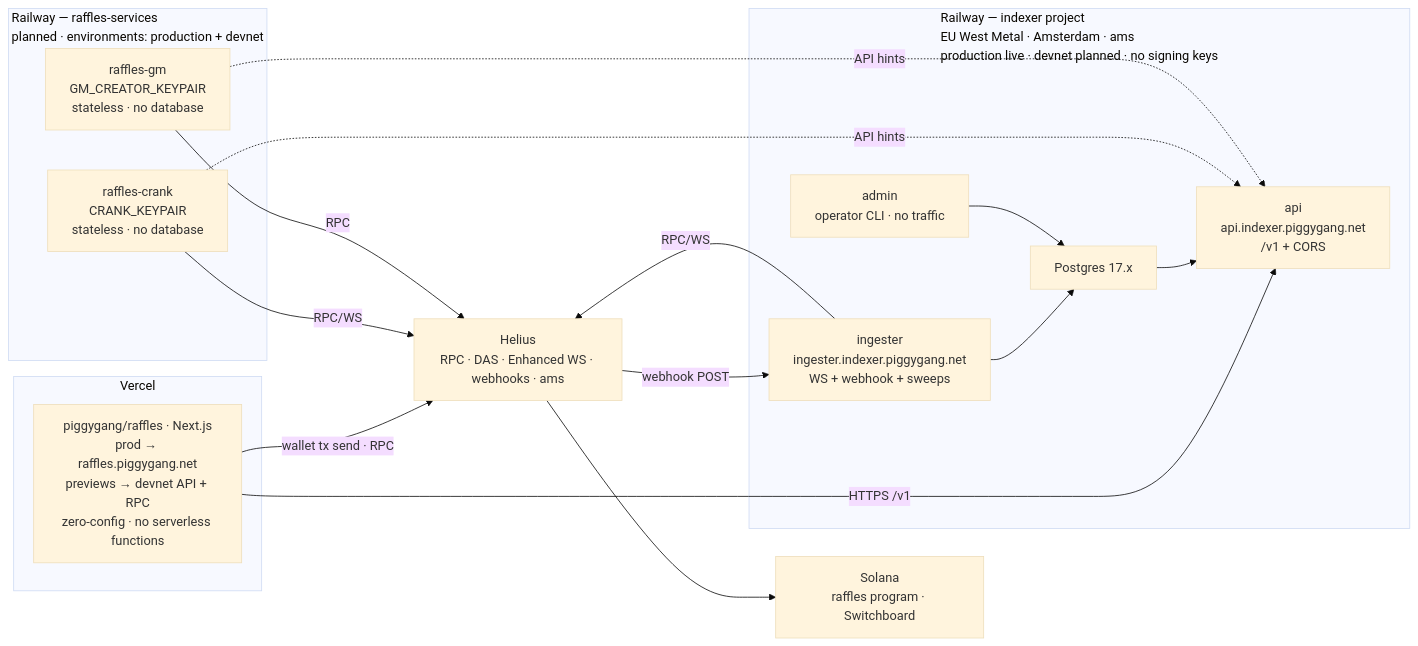
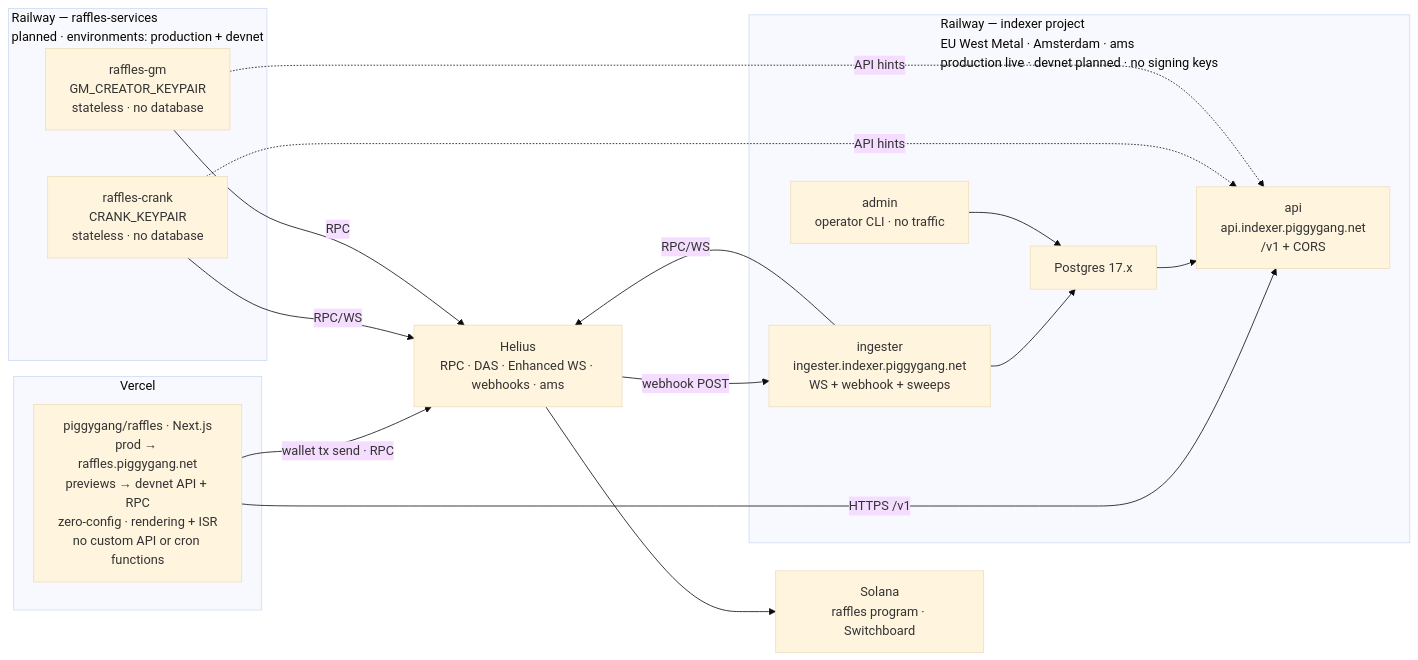
The second of 2 diagrams in docs/piggygang-raffles-architecture.md (piggygang/raffles), drawn with Mermaid (base theme) before and after one commit. The commit also changed other lines of this file and 1 other file, not shown here.

Commit message:
docs(architecture): correct restart recovery and tighten cluster and sweep rules

````diff
--- a/docs/piggygang-raffles-architecture.md
+++ b/docs/piggygang-raffles-architecture.md
@@ -164,31 +164,31 @@
 ```mermaid
 flowchart LR
     subgraph VercelBox["Vercel"]
-        FE["piggygang/raffles · Next.js<br>prod → raffles.piggygang.net<br>previews → devnet API + RPC<br>zero-config · no serverless functions"]
+        FE["piggygang/raffles · Next.js<br>prod → raffles.piggygang.net<br>previews → devnet API + RPC<br>zero-config · rendering + ISR<br>no custom API or cron functions"]
     end
     subgraph IndexerBox["Railway — indexer project<br>EU West Metal · Amsterdam · ams<br>production live · devnet planned · no signing keys"]
         APIsvc["api<br>api.indexer.piggygang.net<br>/v1 + CORS"]
         Ing["ingester<br>ingester.indexer.piggygang.net<br>WS + webhook + sweeps"]
         Adm["admin<br>operator CLI · no traffic"]
         PG["Postgres 17.x"]
     end
     subgraph ServicesBox["Railway — raffles-services<br>planned · environments: production + devnet"]
         CrankSvc["raffles-crank<br>CRANK_KEYPAIR<br>stateless · no database"]
         GmSvc["raffles-gm<br>GM_CREATOR_KEYPAIR<br>stateless · no database"]
     end
     HeliusNode["Helius<br>RPC · DAS · Enhanced WS · webhooks · ams"]
     Solana["Solana<br>raffles program · Switchboard"]
 
     FE -->|"HTTPS /v1"| APIsvc
     FE -->|"wallet tx send · RPC"| HeliusNode
     Ing --> PG
     PG --> APIsvc
     Adm --> PG
     Ing -->|"RPC/WS"| HeliusNode
     HeliusNode -->|"webhook POST"| Ing
     CrankSvc -.->|"API hints"| APIsvc
     GmSvc -.->|"API hints"| APIsvc
     CrankSvc -->|"RPC/WS"| HeliusNode
     GmSvc -->|"RPC"| HeliusNode
     HeliusNode --> Solana
 ```
````
